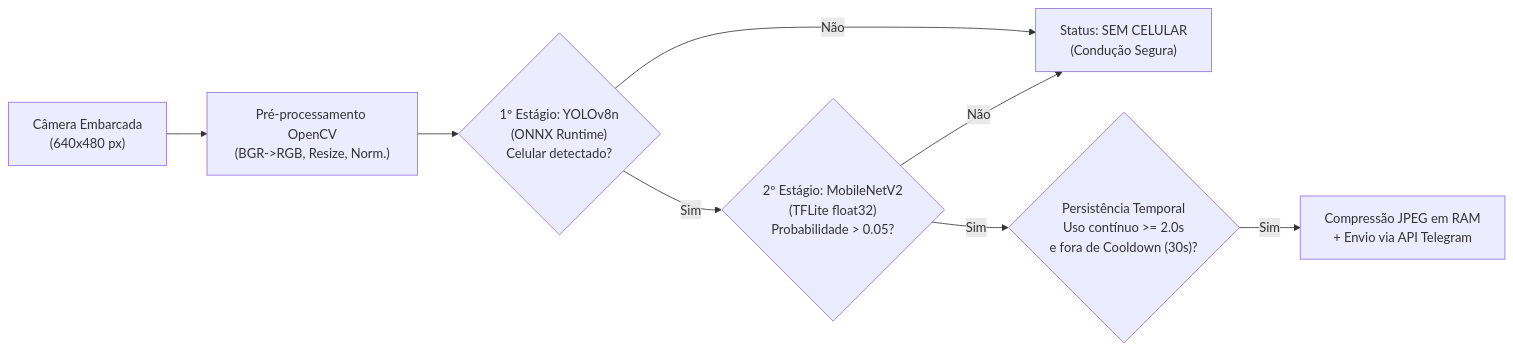
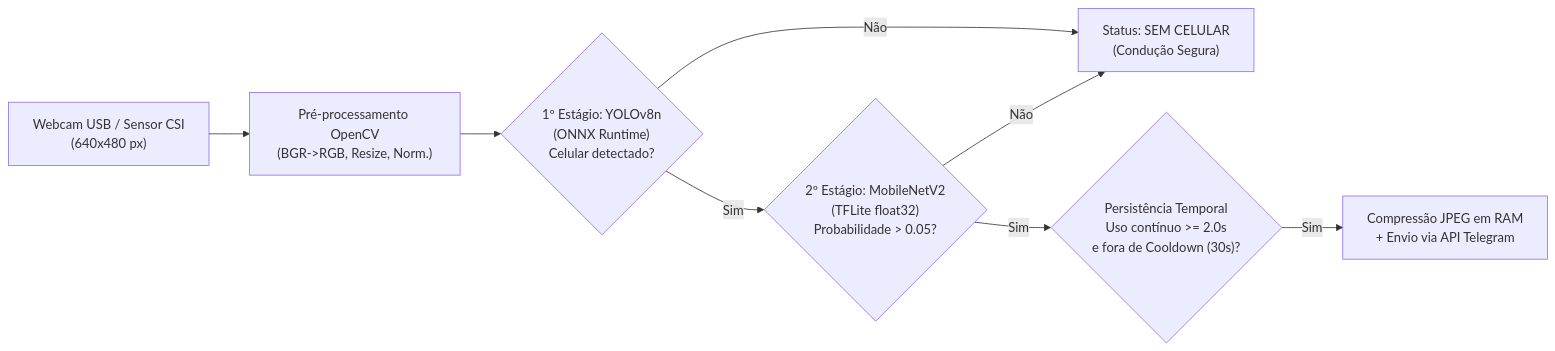
The diagram in README.md (ingridmxavier/TG), drawn with Mermaid before and after one commit. The commit also changed other lines of this file, not shown here.

````diff
--- a/README.md
+++ b/README.md
@@ -39,10 +58,10 @@
 ```mermaid
 flowchart LR
-    A["Câmera Embarcada\n(640x480 px)"] --> B["Pré-processamento OpenCV\n(BGR->RGB, Resize, Norm.)"]
+    A["Webcam USB / Sensor CSI\n(640x480 px)"] --> B["Pré-processamento OpenCV\n(BGR->RGB, Resize, Norm.)"]
     B --> C{"1º Estágio: YOLOv8n\n(ONNX Runtime)\nCelular detectado?"}
     C -- Não --> D["Status: SEM CELULAR\n(Condução Segura)"]
     C -- Sim --> E{"2º Estágio: MobileNetV2\n(TFLite float32)\nProbabilidade > 0.05?"}
     E -- Não --> D
     E -- Sim --> F{"Persistência Temporal\nUso contínuo >= 2.0s\ne fora de Cooldown (30s)?"}
     F -- Sim --> G["Compressão JPEG em RAM\n+ Envio via API Telegram"]
 ```
````
